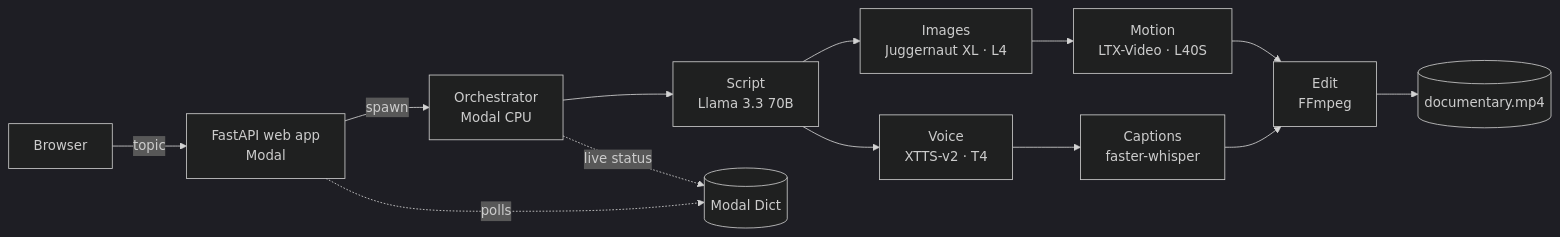
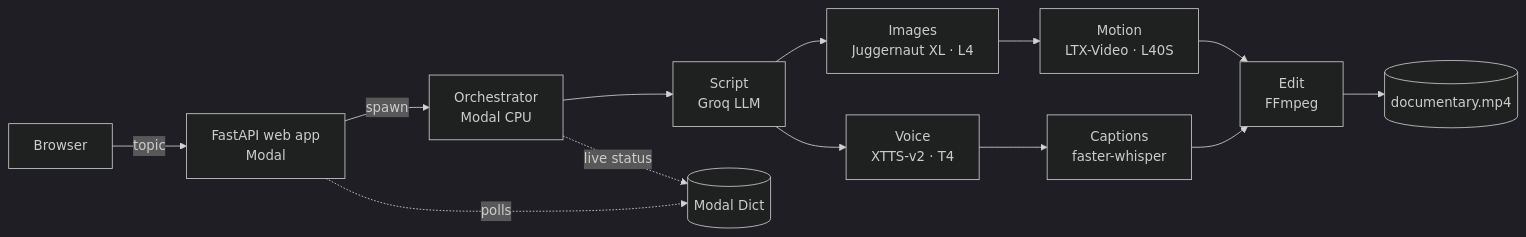
The diagram in README.md (Nimesh000/docugen-ai), drawn with Mermaid (dark theme) before and after one commit. The commit also changed other lines of this file, not shown here.

````diff
--- a/README.md
+++ b/README.md
@@ -17,15 +17,15 @@
 ```mermaid
 flowchart LR
     U[Browser] -->|topic| W[FastAPI web app<br/>Modal]
     W -->|spawn| O[Orchestrator<br/>Modal CPU]
-    O --> S[Script<br/>Llama 3.3 70B]
+    O --> S[Script<br/>Groq LLM]
     S --> V[Voice<br/>XTTS-v2 · T4]
     S --> I[Images<br/>Juggernaut XL · L4]
     I --> M[Motion<br/>LTX-Video · L40S]
     V --> C[Captions<br/>faster-whisper]
     M --> E[Edit<br/>FFmpeg]
     C --> E
     E --> F[(documentary.mp4)]
     O -. live status .-> D[(Modal Dict)]
     W -. polls .-> D
 ```
````
